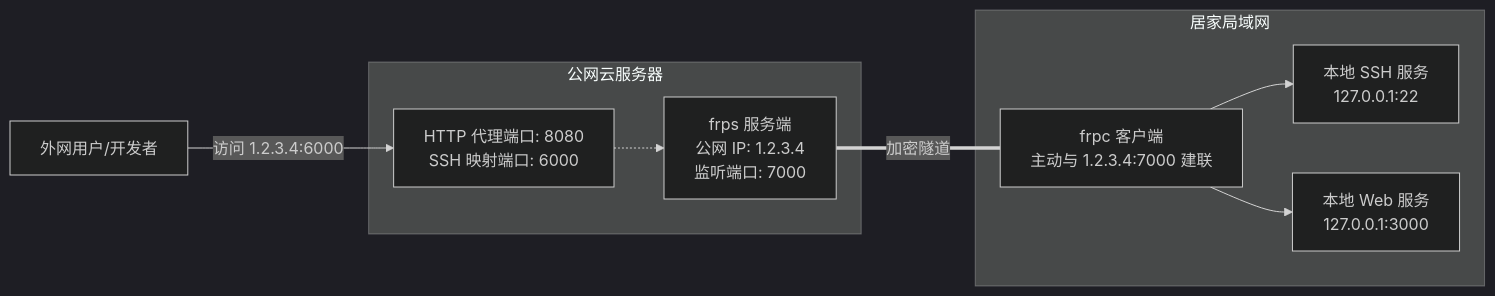
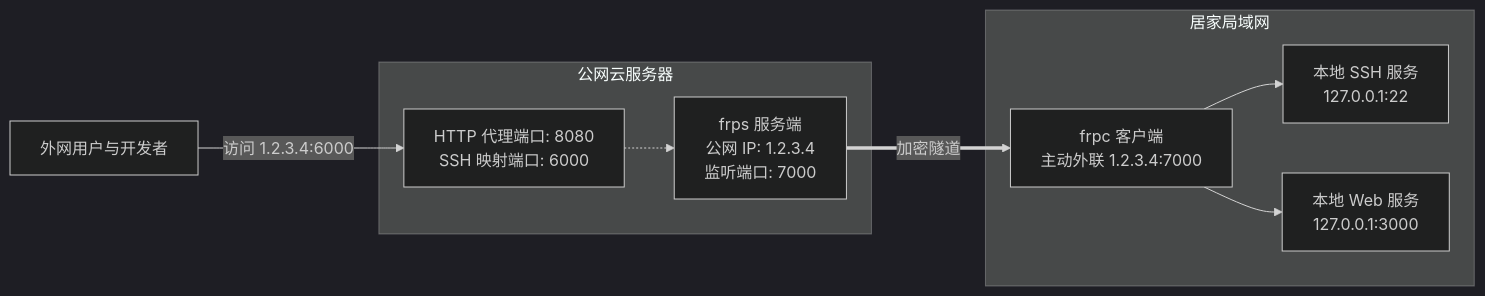
One commit to leafcxy/leafcxy.github.io changed the third of 4 diagrams in content/posts/2026-11-04-nat-traversal-frp-guide.md. Above: the diagram before and after it, drawn with Mermaid (dark theme). The commit also changed other lines of this file and 2 other files, not shown here.

Commit message:
fix: 彻底修复三篇文章中所有 mermaid 图表的 subgraph ID 与节点引号转义问题

````diff
--- a/content/posts/2026-11-04-nat-traversal-frp-guide.md
+++ b/content/posts/2026-11-04-nat-traversal-frp-guide.md
@@ -132,19 +132,19 @@
 ```mermaid
 graph LR
-    subgraph 公网云服务器
+    subgraph sg_vps ["公网云服务器"]
         FRPS["frps 服务端<br/>公网 IP: 1.2.3.4<br/>监听端口: 7000"]
         VHOST["HTTP 代理端口: 8080<br/>SSH 映射端口: 6000"]
     end
 
-    subgraph 居家局域网
-        FRPC["frpc 客户端<br/>主动与 1.2.3.4:7000 建联"]
+    subgraph sg_home ["居家局域网"]
+        FRPC["frpc 客户端<br/>主动外联 1.2.3.4:7000"]
         LocalSSH["本地 SSH 服务<br/>127.0.0.1:22"]
         LocalWeb["本地 Web 服务<br/>127.0.0.1:3000"]
     end
 
-    User[外网用户/开发者] -->|访问 1.2.3.4:6000| VHOST
+    User["外网用户与开发者"] -->|"访问 1.2.3.4:6000"| VHOST
     VHOST -.-> FRPS
-    FRPS ===|加密隧道| FRPC
+    FRPS ==>|"加密隧道"| FRPC
     FRPC --> LocalSSH
     FRPC --> LocalWeb
 ```
````
